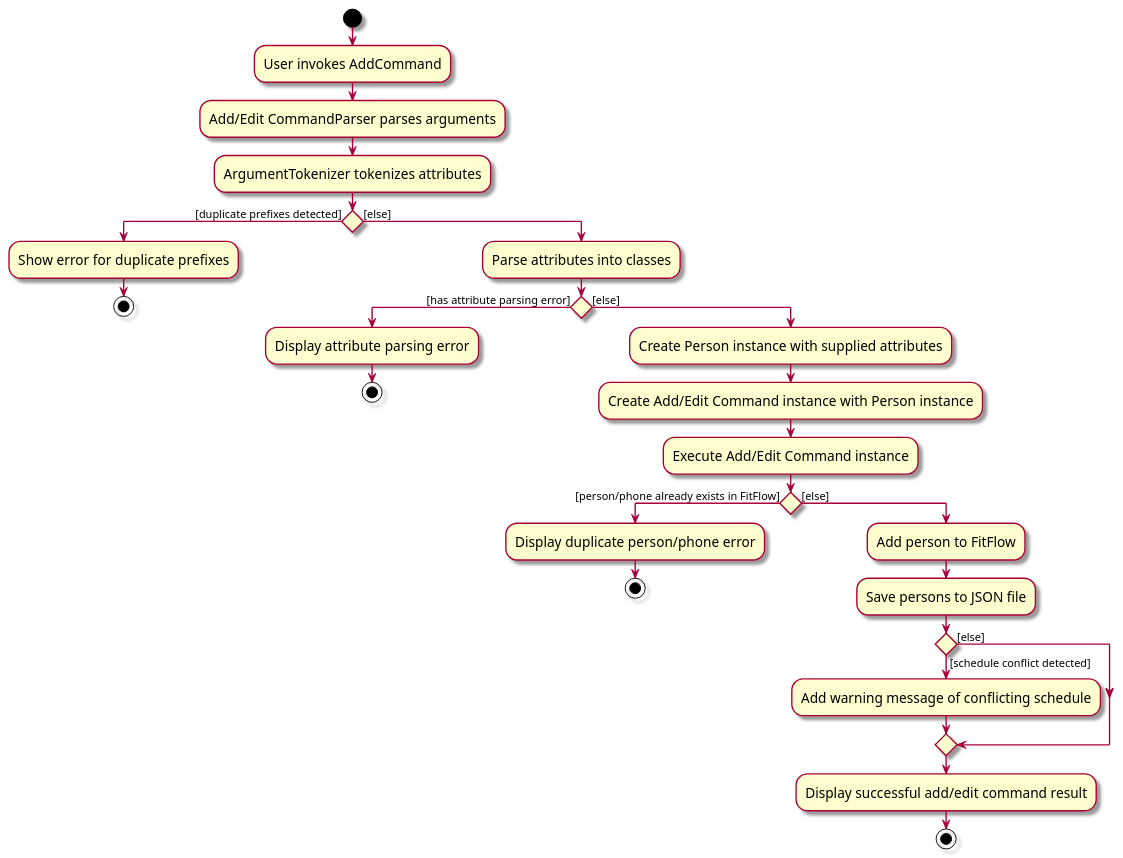
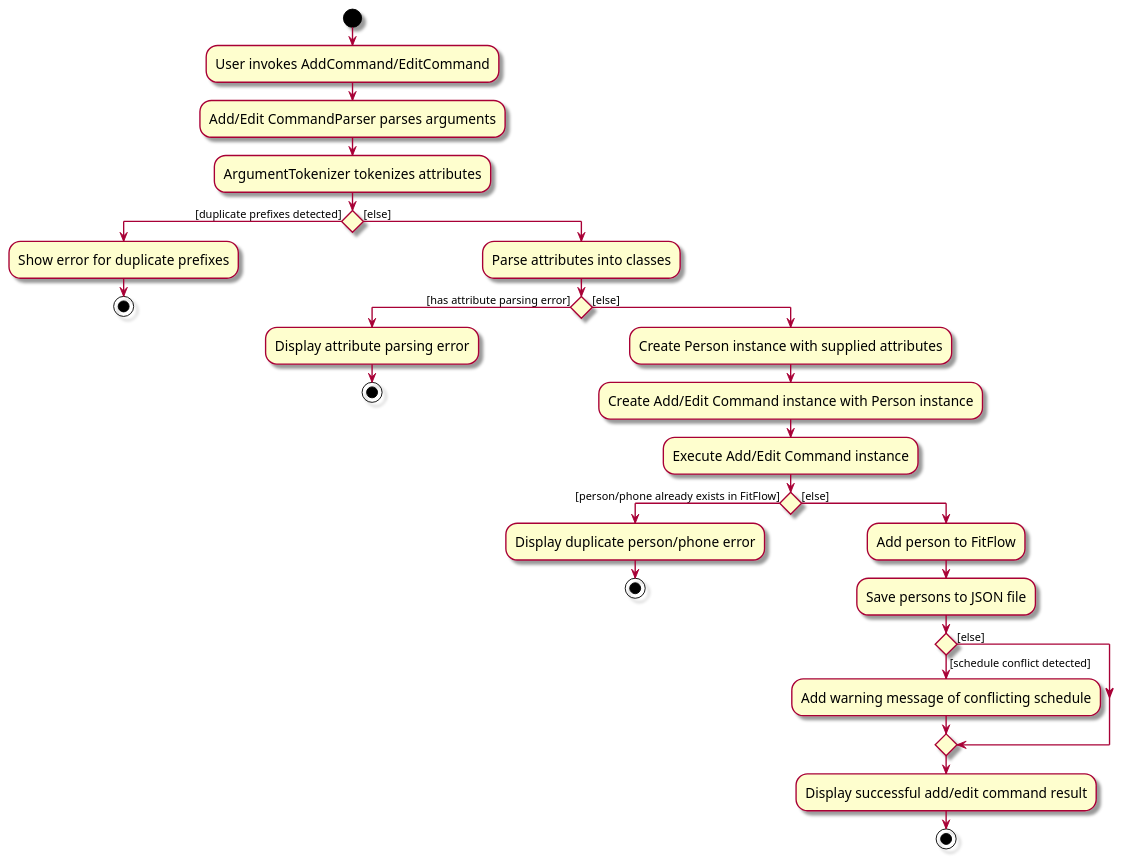
The diagram in docs/diagrams/AddCommand_EditCommandActivityDiagram.puml (AY2425S2-CS2103T-T13-1/tp), drawn with PlantUML before and after one commit.

```diff
--- a/docs/diagrams/AddCommand_EditCommandActivityDiagram.puml
+++ b/docs/diagrams/AddCommand_EditCommandActivityDiagram.puml
@@ -1,36 +1,36 @@
 @startuml
 skin rose
 skinparam ActivityFontSize 15
 skinparam ArrowFontSize 12
 start
-:User invokes AddCommand;
+:User invokes AddCommand/EditCommand;
 :Add/Edit CommandParser parses arguments;
 :ArgumentTokenizer tokenizes attributes;
 if () then ([duplicate prefixes detected])
     :Show error for duplicate prefixes;
     stop
 else ([else])
     :Parse attributes into classes;
     if () then ([has attribute parsing error])
         :Display attribute parsing error;
         stop
     else ([else])
         :Create Person instance with supplied attributes;
         :Create Add/Edit Command instance with Person instance;
         :Execute Add/Edit Command instance;
         if () then ([person/phone already exists in FitFlow])
             :Display duplicate person/phone error;
             stop
         else ([else])
             :Add person to FitFlow;
             :Save persons to JSON file;
             if () then ([schedule conflict detected])
                 :Add warning message of conflicting schedule;
             else ([else])
             endif
                 :Display successful add/edit command result;
                 stop
         endif
     endif
 endif
 @enduml
```
